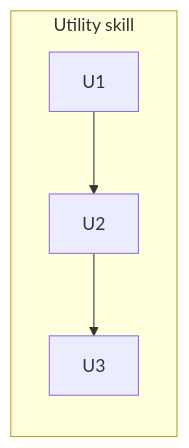
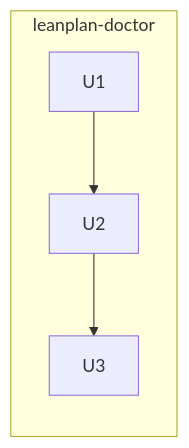
Before and after one commit to mynghn/leanplan: the diagram in docs/features/260626-ce-grounding-link-check/tasks.md, drawn with Mermaid. The commit also changed other lines of this file and 3 other files, not shown here.

First line of the commit message:
docs(ce-grounding-link-check): revise — package as leanplan-doctor, absorb freshness

````diff
--- a/docs/features/260626-ce-grounding-link-check/tasks.md
+++ b/docs/features/260626-ce-grounding-link-check/tasks.md
@@ -5,6 +5,6 @@
 ```mermaid
 flowchart LR
-    subgraph U [Utility skill]
+    subgraph U [leanplan-doctor]
       U1 --> U2 --> U3
     end
 ```
````
